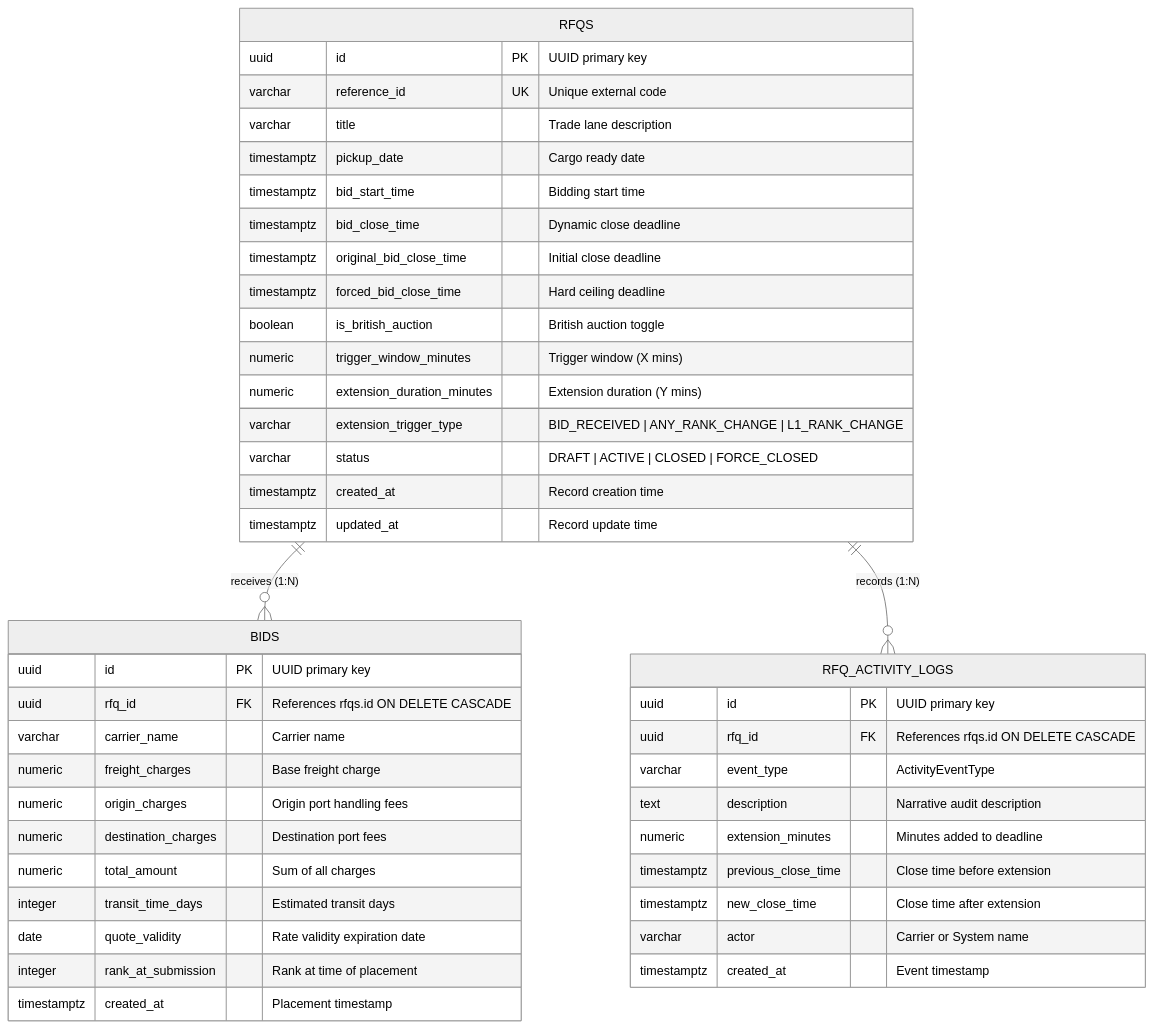
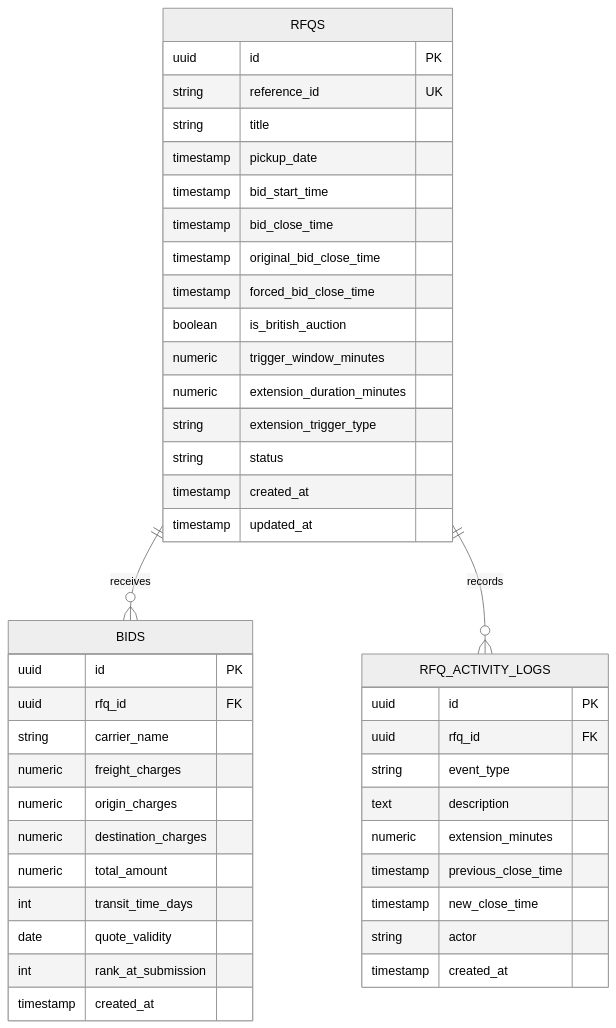
The third of 3 diagrams in README.md (Tanmay-Awal/british-auction-assignment), drawn with Mermaid (neutral theme) before and after one commit. The commit also changed other lines of this file, not shown here.

Commit message:
docs: fix KaTeX math formula underscores and Mermaid ER diagram syntax for GitHub renderer

````diff
--- a/README.md
+++ b/README.md
@@ -302,49 +302,49 @@
 ```mermaid
 erDiagram
-    RFQS ||--o{ BIDS : "receives (1:N)"
-    RFQS ||--o{ RFQ_ACTIVITY_LOGS : "records (1:N)"
+    RFQS ||--o{ BIDS : receives
+    RFQS ||--o{ RFQ_ACTIVITY_LOGS : records
 
     RFQS {
-        uuid id PK "UUID primary key"
-        varchar reference_id UK "Unique external code"
-        varchar title "Trade lane description"
-        timestamptz pickup_date "Cargo ready date"
-        timestamptz bid_start_time "Bidding start time"
-        timestamptz bid_close_time "Dynamic close deadline"
-        timestamptz original_bid_close_time "Initial close deadline"
-        timestamptz forced_bid_close_time "Hard ceiling deadline"
-        boolean is_british_auction "British auction toggle"
-        numeric trigger_window_minutes "Trigger window (X mins)"
-        numeric extension_duration_minutes "Extension duration (Y mins)"
-        varchar extension_trigger_type "BID_RECEIVED | ANY_RANK_CHANGE | L1_RANK_CHANGE"
-        varchar status "DRAFT | ACTIVE | CLOSED | FORCE_CLOSED"
-        timestamptz created_at "Record creation time"
-        timestamptz updated_at "Record update time"
+        uuid id PK
+        string reference_id UK
+        string title
+        timestamp pickup_date
+        timestamp bid_start_time
+        timestamp bid_close_time
+        timestamp original_bid_close_time
+        timestamp forced_bid_close_time
+        boolean is_british_auction
+        numeric trigger_window_minutes
+        numeric extension_duration_minutes
+        string extension_trigger_type
+        string status
+        timestamp created_at
+        timestamp updated_at
     }
 
     BIDS {
-        uuid id PK "UUID primary key"
-        uuid rfq_id FK "References rfqs.id ON DELETE CASCADE"
-        varchar carrier_name "Carrier name"
-        numeric freight_charges "Base freight charge"
-        numeric origin_charges "Origin port handling fees"
-        numeric destination_charges "Destination port fees"
-        numeric total_amount "Sum of all charges"
-        integer transit_time_days "Estimated transit days"
-        date quote_validity "Rate validity expiration date"
-        integer rank_at_submission "Rank at time of placement"
-        timestamptz created_at "Placement timestamp"
+        uuid id PK
+        uuid rfq_id FK
+        string carrier_name
+        numeric freight_charges
+        numeric origin_charges
+        numeric destination_charges
+        numeric total_amount
+        int transit_time_days
+        date quote_validity
+        int rank_at_submission
+        timestamp created_at
     }
 
     RFQ_ACTIVITY_LOGS {
-        uuid id PK "UUID primary key"
-        uuid rfq_id FK "References rfqs.id ON DELETE CASCADE"
-        varchar event_type "ActivityEventType"
-        text description "Narrative audit description"
-        numeric extension_minutes "Minutes added to deadline"
-        timestamptz previous_close_time "Close time before extension"
-        timestamptz new_close_time "Close time after extension"
-        varchar actor "Carrier or System name"
-        timestamptz created_at "Event timestamp"
+        uuid id PK
+        uuid rfq_id FK
+        string event_type
+        text description
+        numeric extension_minutes
+        timestamp previous_close_time
+        timestamp new_close_time
+        string actor
+        timestamp created_at
     }
 ```
````
